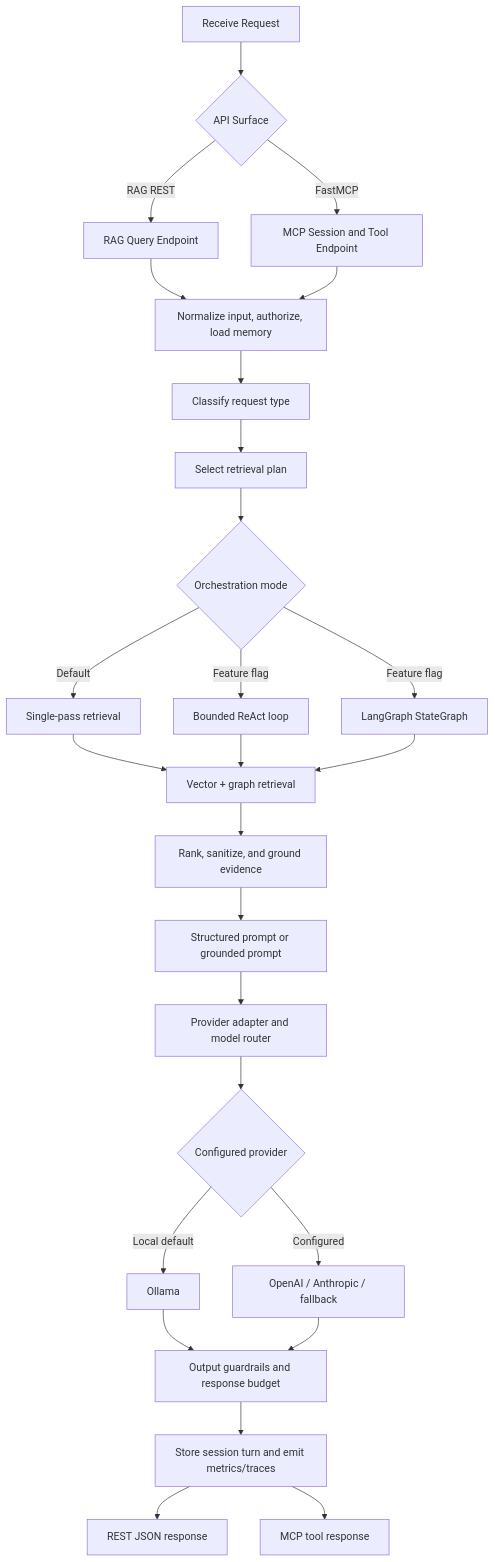
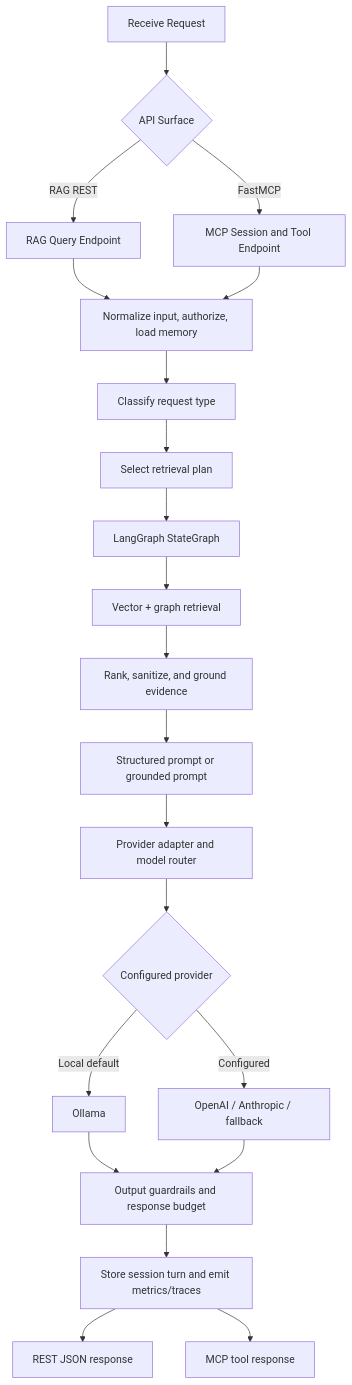
One commit to wchen-dea/Agentic-AI-Healthcare-GraphRAG changed the fourth of 4 diagrams in docs/02_architecture.md. Above: the diagram before and after it, drawn with Mermaid. The commit also changed other lines of this file and 141 other files, not shown here.

````diff
--- a/docs/02_architecture.md
+++ b/docs/02_architecture.md
@@ -392,28 +389,23 @@
 ```mermaid
 flowchart TD
   E1[Receive Request] --> E2{API Surface}
   E2 -->|RAG REST| E3[RAG Query Endpoint]
   E2 -->|FastMCP| E4[MCP Session and Tool Endpoint]
   E3 --> C1[Normalize input, authorize, load memory]
   E4 --> C1
   C1 --> C2[Classify request type]
   C2 --> C3[Select retrieval plan]
-  C3 --> C4{Orchestration mode}
-  C4 -->|Default| C5[Single-pass retrieval]
-  C4 -->|Feature flag| C6[Bounded ReAct loop]
-  C4 -->|Feature flag| C7[LangGraph StateGraph]
-  C5 --> C8[Vector + graph retrieval]
-  C6 --> C8
-  C7 --> C8
+  C3 --> C7[LangGraph StateGraph]
+  C7 --> C8[Vector + graph retrieval]
   C8 --> C9[Rank, sanitize, and ground evidence]
   C9 --> C10[Structured prompt or grounded prompt]
   C10 --> C11[Provider adapter and model router]
   C11 --> C12{Configured provider}
   C12 -->|Local default| C13[Ollama]
   C12 -->|Configured| C14[OpenAI / Anthropic / fallback]
   C13 --> C15[Output guardrails and response budget]
   C14 --> C15
   C15 --> C16[Store session turn and emit metrics/traces]
   C16 --> O1[REST JSON response]
   C16 --> O2[MCP tool response]
 ```
````
